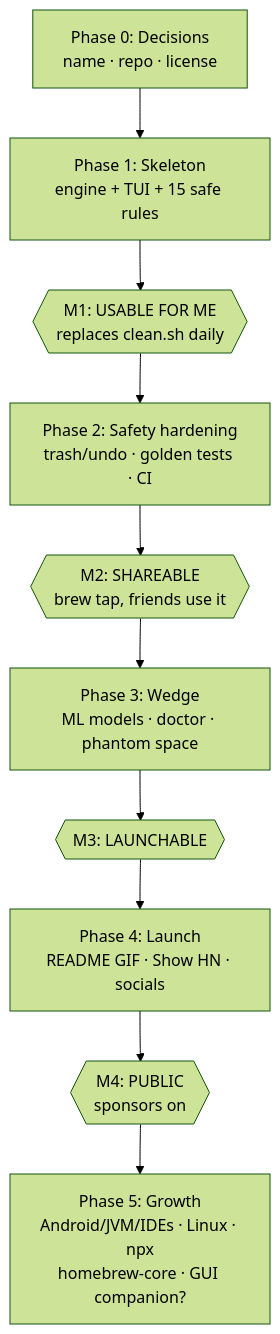
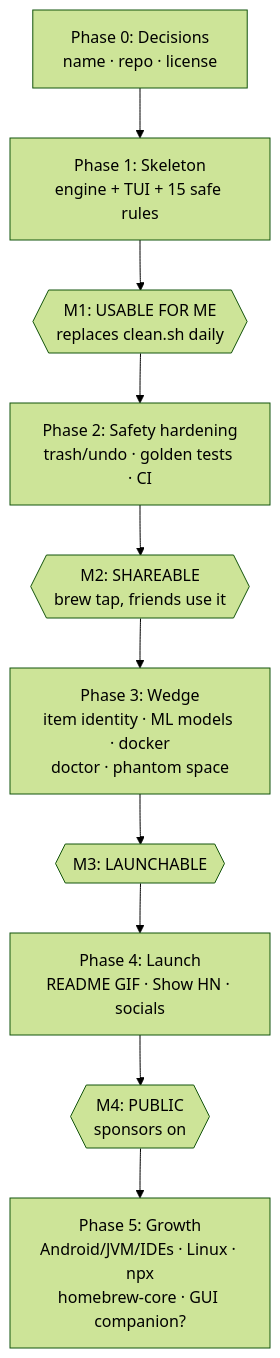
One commit to lbagic/regrow changed the diagram in docs/PLAN.md. Above: the diagram before and after it, drawn with Mermaid (forest theme). The commit also changed other lines of this file and 24 other files, not shown here.

First line of the commit message:
feat: per-item identity + selection (Prompt G0)

````diff
--- a/docs/PLAN.md
+++ b/docs/PLAN.md
@@ -22,12 +24,12 @@
 ```mermaid
 flowchart TD
     P0[Phase 0: Decisions<br/>name · repo · license] --> P1[Phase 1: Skeleton<br/>engine + TUI + 15 safe rules]
     P1 --> M1{{M1: USABLE FOR ME<br/>replaces clean.sh daily}}
     M1 --> P2[Phase 2: Safety hardening<br/>trash/undo · golden tests · CI]
     P2 --> M2{{M2: SHAREABLE<br/>brew tap, friends use it}}
-    M2 --> P3[Phase 3: Wedge<br/>ML models · doctor · phantom space]
+    M2 --> P3[Phase 3: Wedge<br/>item identity · ML models · docker<br/>doctor · phantom space]
     P3 --> M3{{M3: LAUNCHABLE}}
     M3 --> P4[Phase 4: Launch<br/>README GIF · Show HN · socials]
     P4 --> M4{{M4: PUBLIC<br/>sponsors on}}
     M4 --> P5[Phase 5: Growth<br/>Android/JVM/IDEs · Linux · npx<br/>homebrew-core · GUI companion?]
 ```
````
